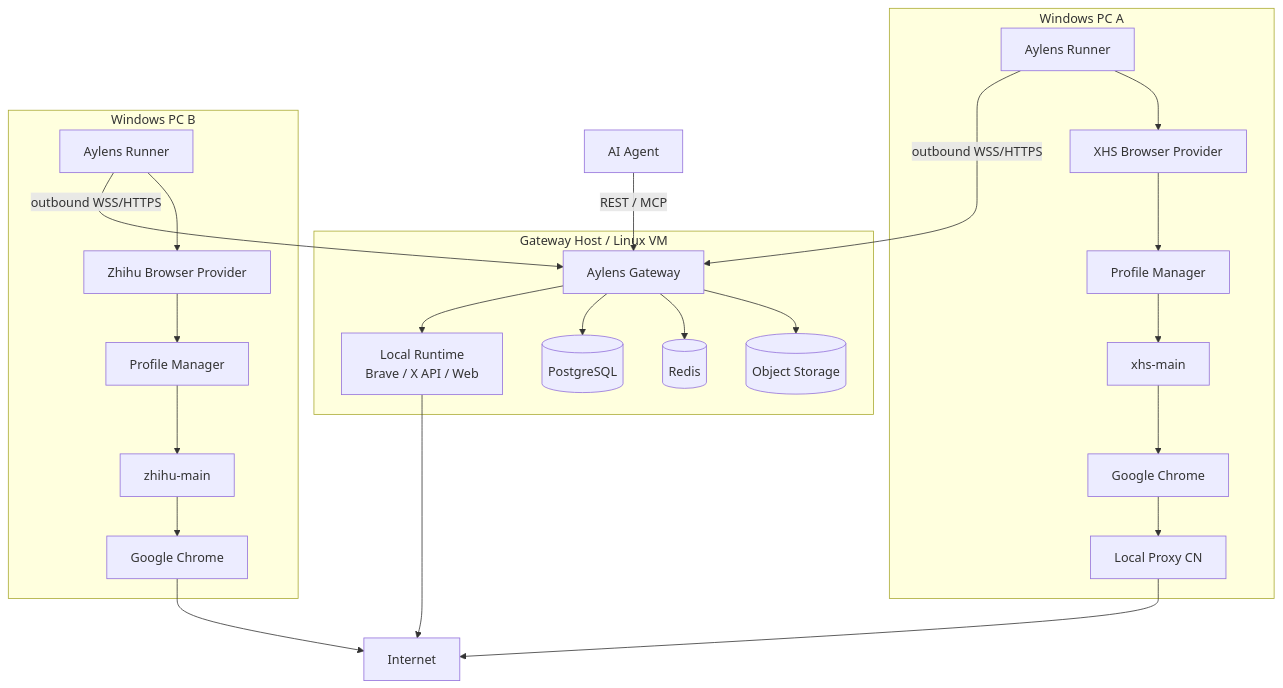
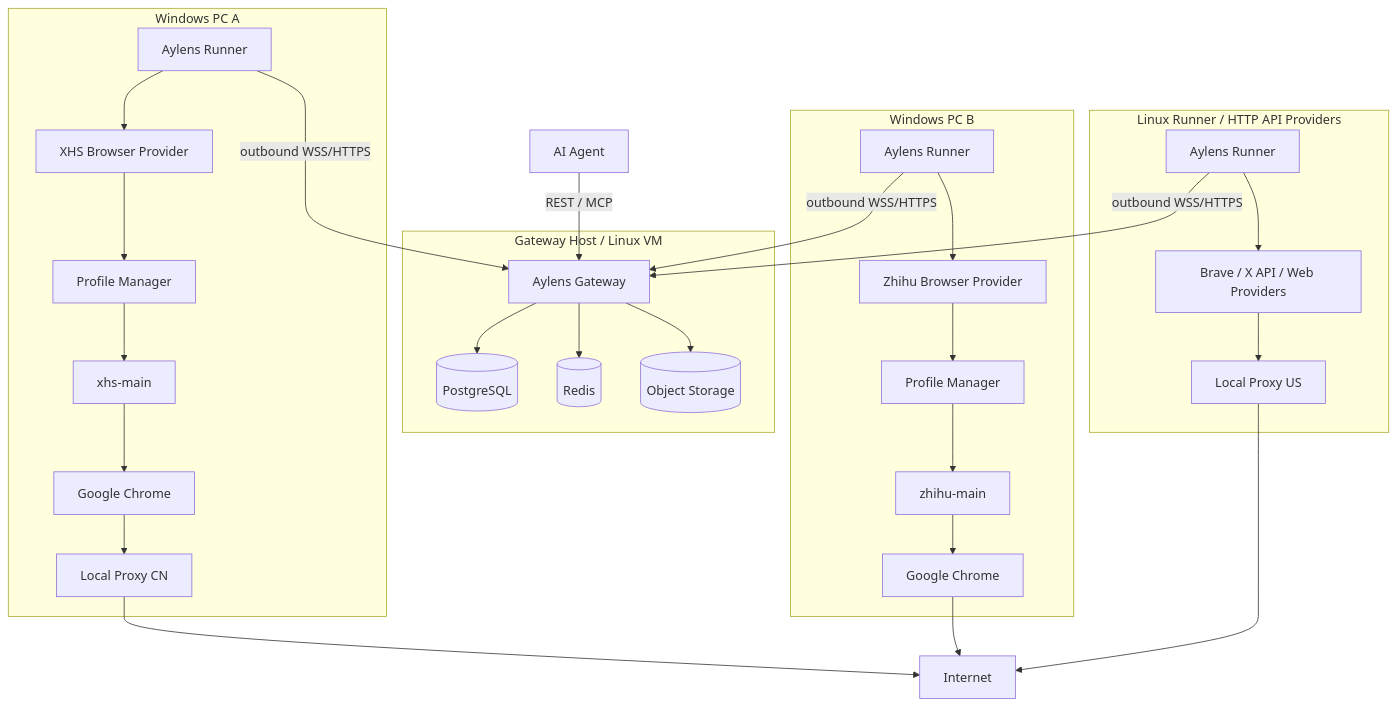
One commit to xuzhen97/Aylens changed diagram 15 of 24 in ARCHITECTURE.md. Above: the diagram before and after it, drawn with Mermaid. The commit also changed other lines of this file and 38 other files, not shown here.

````diff
--- a/ARCHITECTURE.md
+++ b/ARCHITECTURE.md
@@ -2687,45 +2695,50 @@
 ```mermaid
 flowchart TB
     AGENT["AI Agent"] -->|"REST / MCP"| GW
 
     subgraph CoreHost["Gateway Host / Linux VM"]
         GW["Aylens Gateway"]
-        LOCAL["Local Runtime<br/>Brave / X API / Web"]
         PG[("PostgreSQL")]
         REDIS[("Redis")]
         OBJ[("Object Storage")]
+    end
+
+    subgraph CloudRunner["Linux Runner / HTTP API Providers"]
+        RH["Aylens Runner"]
+        HTTP["Brave / X API / Web Providers"]
+        PH["Local Proxy US"]
     end
 
     subgraph HomePC["Windows PC A"]
         RA["Aylens Runner"]
         XHS["XHS Browser Provider"]
         PMA["Profile Manager"]
         PA["xhs-main"]
         CHA["Google Chrome"]
         PXA["Local Proxy CN"]
     end
 
     subgraph OfficePC["Windows PC B"]
         RB["Aylens Runner"]
         ZH["Zhihu Browser Provider"]
         PMB["Profile Manager"]
         PB["zhihu-main"]
         CHB["Google Chrome"]
     end
 
-    GW --> LOCAL
     GW --> PG
     GW --> REDIS
     GW --> OBJ
 
     RA -->|"outbound WSS/HTTPS"| GW
     RB -->|"outbound WSS/HTTPS"| GW
+    RH -->|"outbound WSS/HTTPS"| GW
 
     RA --> XHS --> PMA --> PA
     PA --> CHA --> PXA --> NET["Internet"]
 
     RB --> ZH --> PMB --> PB
     PB --> CHB --> NET
 
-    LOCAL --> NET
+    RH --> HTTP --> PH --> NET
 ```
````
